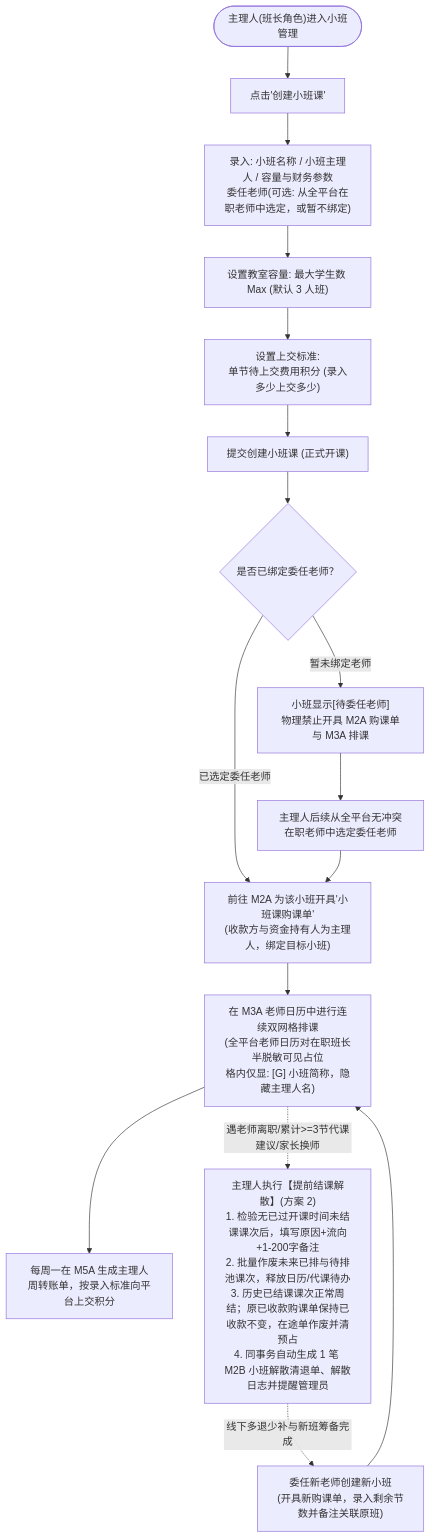
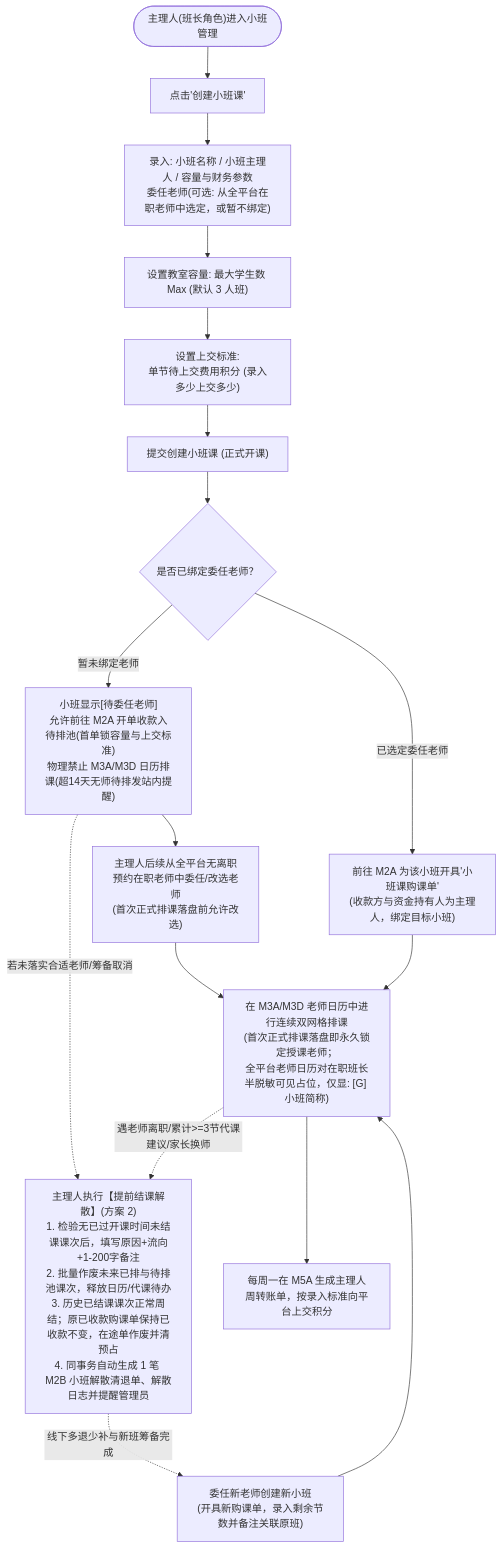
The first of 3 diagrams in docs/prd/m1c_classes.md (Onezao/dream), drawn with Mermaid before and after one commit. The commit also changed other lines of this file and 67 other files, not shown here.

````diff
--- a/docs/prd/m1c_classes.md
+++ b/docs/prd/m1c_classes.md
@@ -51,22 +51,23 @@
 ```mermaid
 flowchart TD
     Start(["主理人(班长角色)进入小班管理"]) --> CreateClick["点击'创建小班课'"]
     CreateClick --> InputConfig["录入: 小班名称 / 小班主理人 / 容量与财务参数\n委任老师(可选: 从全平台在职老师中选定，或暂不绑定)"]
     InputConfig --> SetCapacity["设置教室容量: 最大学生数 Max (默认 3 人班)"]
     SetCapacity --> SetFinance["设置上交标准:\n单节待上交费用积分 (录入多少上交多少)"]
     
     SetFinance --> SubmitClass["提交创建小班课 (正式开课)"]
     SubmitClass --> CheckTeacherBound{"是否已绑定委任老师？"}
     
-    CheckTeacherBound -- "暂未绑定老师" --> BlockOrderAndSched["小班显示[待委任老师]\n物理禁止开具 M2A 购课单与 M3A 排课"]
-    BlockOrderAndSched --> AppointLater["主理人后续从全平台无冲突在职老师中选定委任老师"]
+    CheckTeacherBound -- "暂未绑定老师" --> AllowOrderBlockSched["小班显示[待委任老师]\n允许前往 M2A 开单收款入待排池(首单锁容量与上交标准)\n物理禁止 M3A/M3D 日历排课(超14天无师待排发站内提醒)"]
+    AllowOrderBlockSched --> AppointLater["主理人后续从全平台无离职预约在职老师中委任/改选老师\n(首次正式排课落盘前允许改选)"]
+    AllowOrderBlockSched -. "若未落实合适老师/筹备取消" .-> EarlyTerm
     
     CheckTeacherBound -- "已选定委任老师" --> PurchaseOrder["前往 M2A 为该小班开具'小班课购课单'\n(收款方与资金持有人为主理人，绑定目标小班)"]
-    AppointLater --> PurchaseOrder
-    PurchaseOrder --> ScheduleCalendar["在 M3A 老师日历中进行连续双网格排课\n(全平台老师日历对在职班长半脱敏可见占位\n格内仅显: [G] 小班简称，隐藏主理人名)"]
+    AppointLater --> ScheduleCalendar
+    PurchaseOrder --> ScheduleCalendar["在 M3A/M3D 老师日历中进行连续双网格排课\n(首次正式排课落盘即永久锁定授课老师；\n全平台老师日历对在职班长半脱敏可见占位，仅显: [G] 小班简称)"]
     ScheduleCalendar --> WeeklySettlement["每周一在 M5A 生成主理人周转账单，按录入标准向平台上交积分"]
     
     ScheduleCalendar -. "遇老师离职/累计>=3节代课建议/家长换师" .-> EarlyTerm["主理人执行【提前结课解散】(方案 2)\n1. 检验无已过开课时间未结课课次后，填写原因+流向+1-200字备注\n2. 批量作废未来已排与待排池课次，释放日历/代课待办\n3. 历史已结课课次正常周结；原已收款购课单保持已收款不变，在途单作废并清预占\n4. 同事务自动生成 1 笔 M2B 小班解散清退单、解散日志并提醒管理员"]
     EarlyTerm -. "线下多退少补与新班筹备完成" .-> CreateNewClass["委任新老师创建新小班\n(开具新购课单，录入剩余节数并备注关联原班)"]
     CreateNewClass --> ScheduleCalendar
 ```
````
